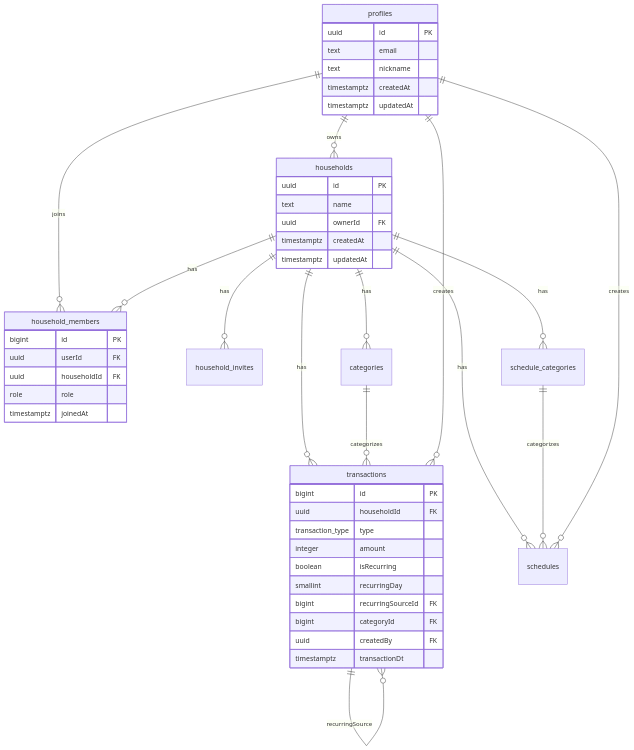
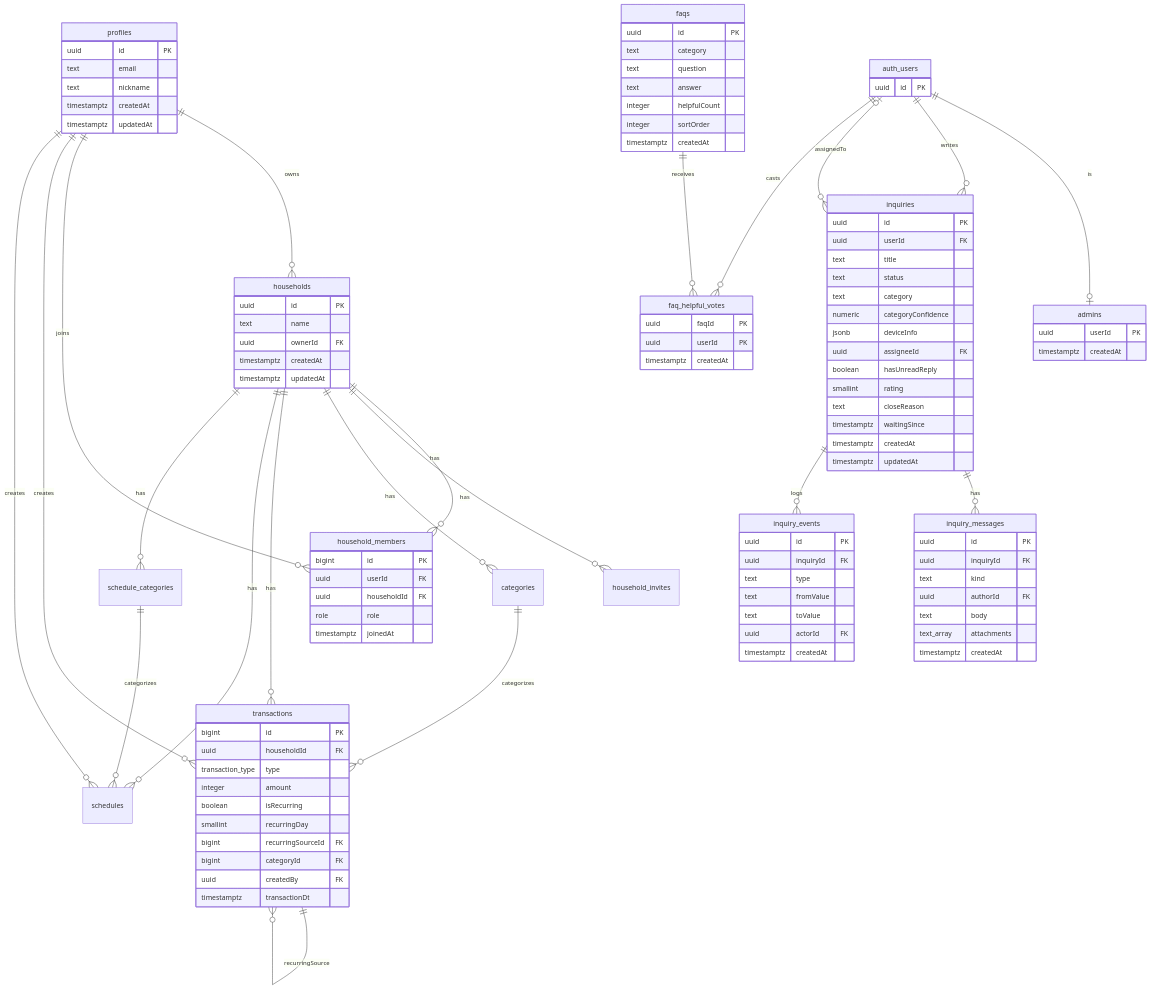
Before and after one commit to postop09/moa-web: the diagram in docs/ARCHITECTURE.md, drawn with Mermaid. The commit also changed other lines of this file and 1 other file, not shown here.

First line of the commit message:
docs(inquiry): 1:1 문의 PRD와 아키텍처 문서 반영

````diff
--- a/docs/ARCHITECTURE.md
+++ b/docs/ARCHITECTURE.md
@@ -150,6 +163,13 @@
   transactions ||--o{ transactions : recurringSource
   profiles ||--o{ transactions : creates
   profiles ||--o{ schedules : creates
+  auth_users ||--o| admins : is
+  auth_users ||--o{ inquiries : writes
+  auth_users |o--o{ inquiries : assignedTo
+  inquiries ||--o{ inquiry_messages : has
+  inquiries ||--o{ inquiry_events : logs
+  faqs ||--o{ faq_helpful_votes : receives
+  auth_users ||--o{ faq_helpful_votes : casts
 
   profiles {
     uuid id PK
@@ -187,4 +207,66 @@
     uuid createdBy FK
     timestamptz transactionDt
   }
+
+  auth_users {
+    uuid id PK
+  }
+
+  admins {
+    uuid userId PK
+    timestamptz createdAt
+  }
+
+  faqs {
+    uuid id PK
+    text category
+    text question
+    text answer
+    integer helpfulCount
+    integer sortOrder
+    timestamptz createdAt
+  }
+
+  faq_helpful_votes {
+    uuid faqId PK
+    uuid userId PK
+    timestamptz createdAt
+  }
+
+  inquiries {
+    uuid id PK
+    uuid userId FK
+    text title
+    text status
+    text category
+    numeric categoryConfidence
+    jsonb deviceInfo
+    uuid assigneeId FK
+    boolean hasUnreadReply
+    smallint rating
+    text closeReason
+    timestamptz waitingSince
+    timestamptz createdAt
+    timestamptz updatedAt
+  }
+
+  inquiry_messages {
+    uuid id PK
+    uuid inquiryId FK
+    text kind
+    uuid authorId FK
+    text body
+    text_array attachments
+    timestamptz createdAt
+  }
+
+  inquiry_events {
+    uuid id PK
+    uuid inquiryId FK
+    text type
+    text fromValue
+    text toValue
+    uuid actorId FK
+    timestamptz createdAt
+  }
 ```
````
